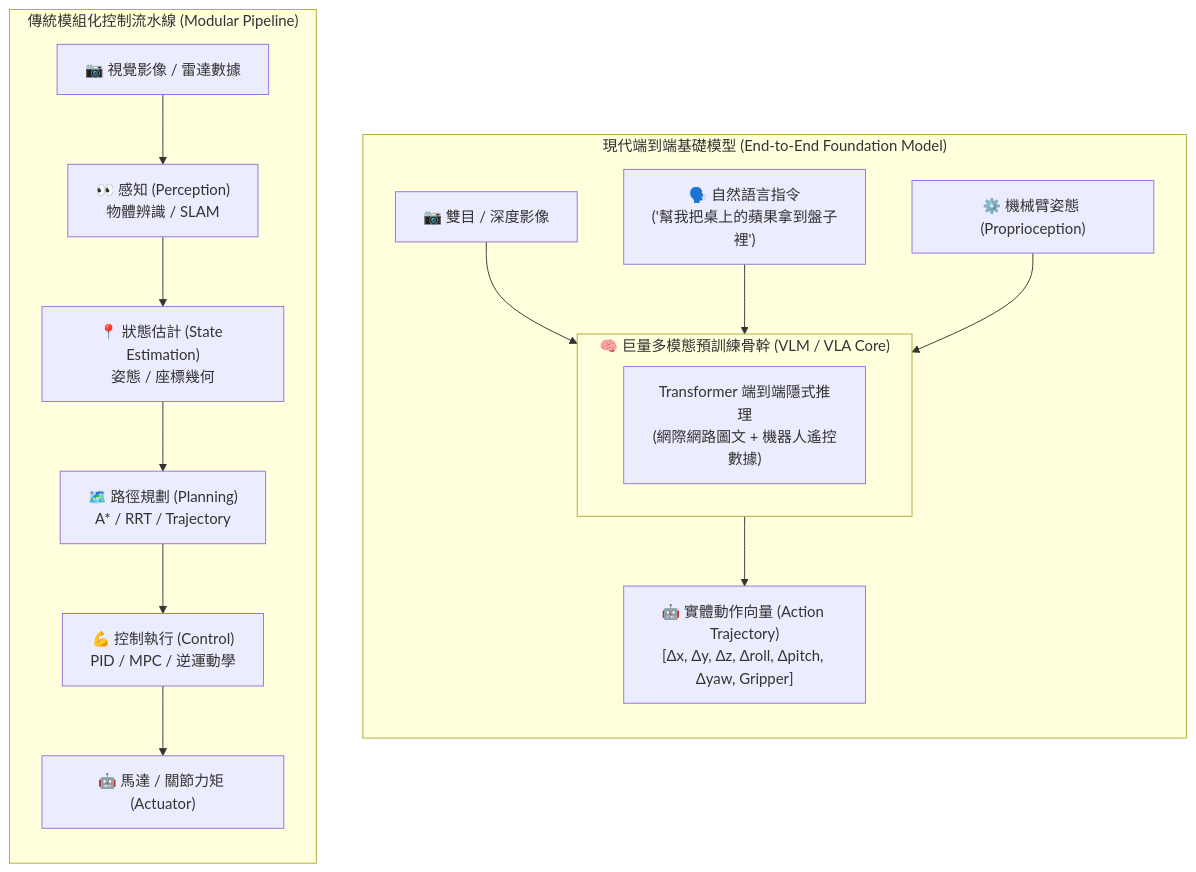
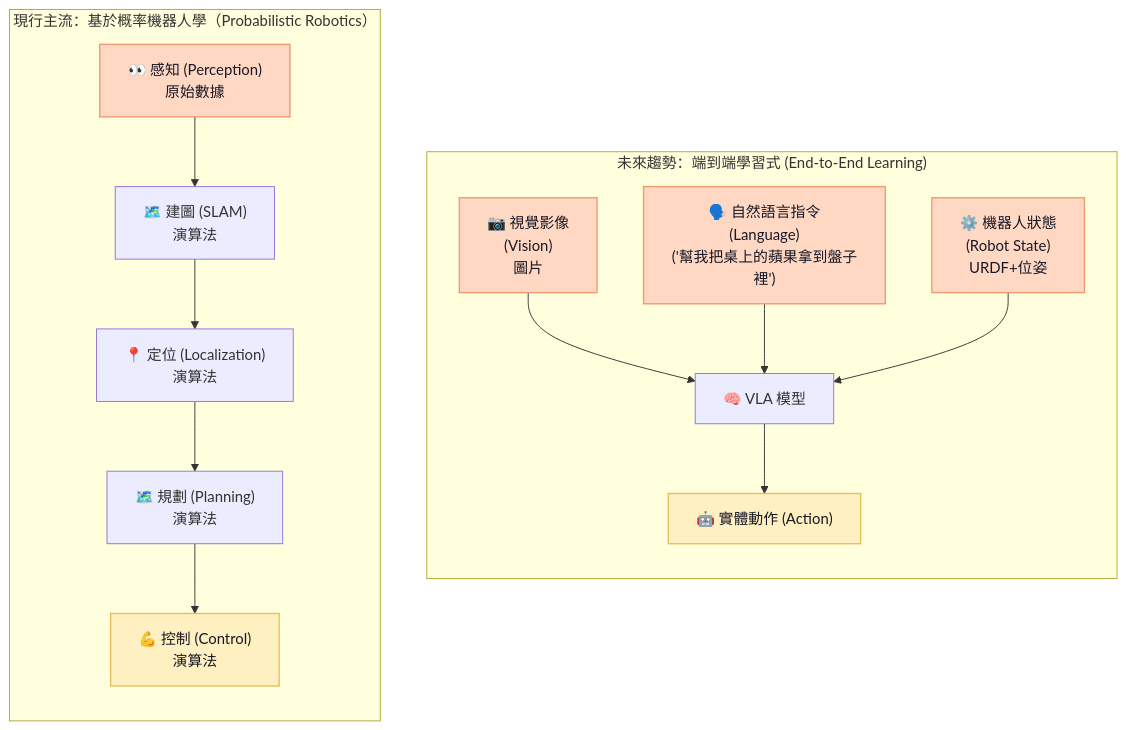
Before and after one commit to weilingwu772/guide-repo: the diagram in CH3-2_Foundation_Models_for_Robotics.md, drawn with Mermaid. The commit also changed other lines of this file and 6 other files, not shown here.

````diff
--- a/CH3-2_Foundation_Models_for_Robotics.md
+++ b/CH3-2_Foundation_Models_for_Robotics.md
@@ -13,27 +7,29 @@
 ```mermaid
 graph TB
-    subgraph EndToEnd["現代端到端基礎模型 (End-to-End Foundation Model)"]
+    subgraph EndToEnd["未來趨勢：端到端學習式 (End-to-End Learning)"]
         direction TB
-        E_Cam["📷 雙目 / 深度影像"] --> E_Core
-        E_Cmd["🗣️ 自然語言指令<br>('幫我把桌上的蘋果拿到盤子裡')"] --> E_Core
-        E_Pos["⚙️ 機械臂姿態 (Proprioception)"] --> E_Core
+        E_Cam["📷 視覺影像<br>(Vision)<br>圖片"] --> E_Core
+        E_Cmd["🗣️ 自然語言指令<br>(Language)<br>('幫我把桌上的蘋果拿到盤子裡')"] --> E_Core
+        E_Pos["⚙️ 機器人狀態<br>(Robot State)<br>URDF+位姿"] --> E_Core
 
-        subgraph E_Core["🧠 巨量多模態預訓練骨幹 (VLM / VLA Core)"]
-            E_Model["Transformer 端到端隱式推理<br>(網際網路圖文 + 機器人遙控數據)"]
-        end
+        E_Core["🧠 VLA 模型"]
 
-        E_Core --> E_Out["🤖 實體動作向量 (Action Trajectory)<br>[Δx, Δy, Δz, Δroll, Δpitch, Δyaw, Gripper]"]
+        E_Core --> E_Out["🤖 實體動作 (Action)"]
     end
 
-    subgraph Modular["傳統模組化控制流水線 (Modular Pipeline)"]
+    subgraph Modular["現行主流：基於概率機器人學（Probabilistic Robotics）"]
         direction TB
-        M_In["📷 視覺影像 / 雷達數據"] --> M_Perc["👀 感知 (Perception)<br>物體辨識 / SLAM"]
-        M_Perc --> M_State["📍 狀態估計 (State Estimation)<br>姿態 / 座標幾何"]
-        M_State --> M_Plan["🗺️ 路徑規劃 (Planning)<br>A* / RRT / Trajectory"]
-        M_Plan --> M_Ctrl["💪 控制執行 (Control)<br>PID / MPC / 逆運動學"]
-        M_Ctrl --> M_Out["🤖 馬達 / 關節力矩 (Actuator)"]
+        M_Sens["👀 感知 (Perception)<br>原始數據"] --> M_Perc["🗺️ 建圖 (SLAM)<br>演算法"]
+        M_Perc --> M_State["📍 定位 (Localization)<br>演算法"]
+        M_State --> M_Plan["🗺️ 規劃 (Planning)<br>演算法"]
+        M_Plan --> M_Ctrl["💪 控制 (Control)<br>演算法"]
     end
 
     classDef Modular fill:#181825,stroke:#89b4fa,stroke-width:2px,color:#cdd6f4;
     classDef EndToEnd fill:#181825,stroke:#a6e3a1,stroke-width:2px,color:#cdd6f4;
+    classDef inputStyle fill:#ffd8c4,stroke:#ef9a72,stroke-width:1.5px,color:#181825;
+    classDef actionStyle fill:#fff0c2,stroke:#e5c05d,stroke-width:1.5px,color:#181825;
+
+    class E_Cam,E_Cmd,E_Pos,M_Sens inputStyle;
+    class E_Out,M_Ctrl actionStyle;
 ```
````
